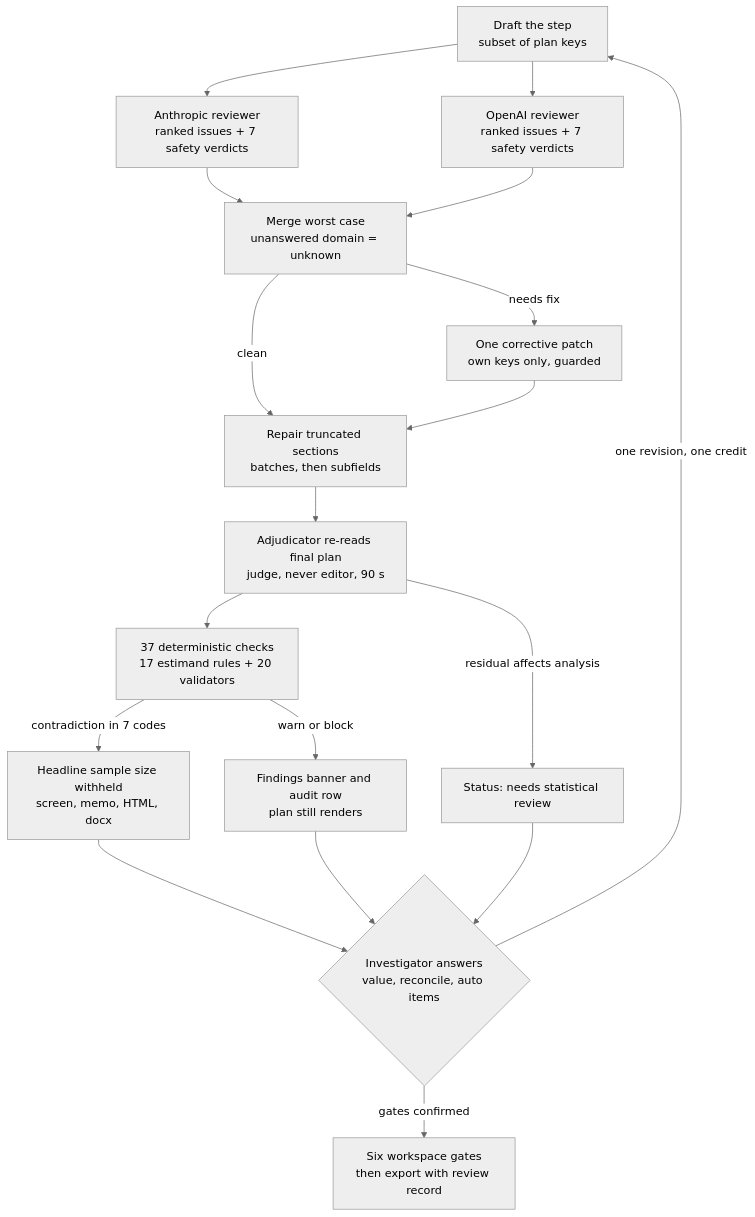
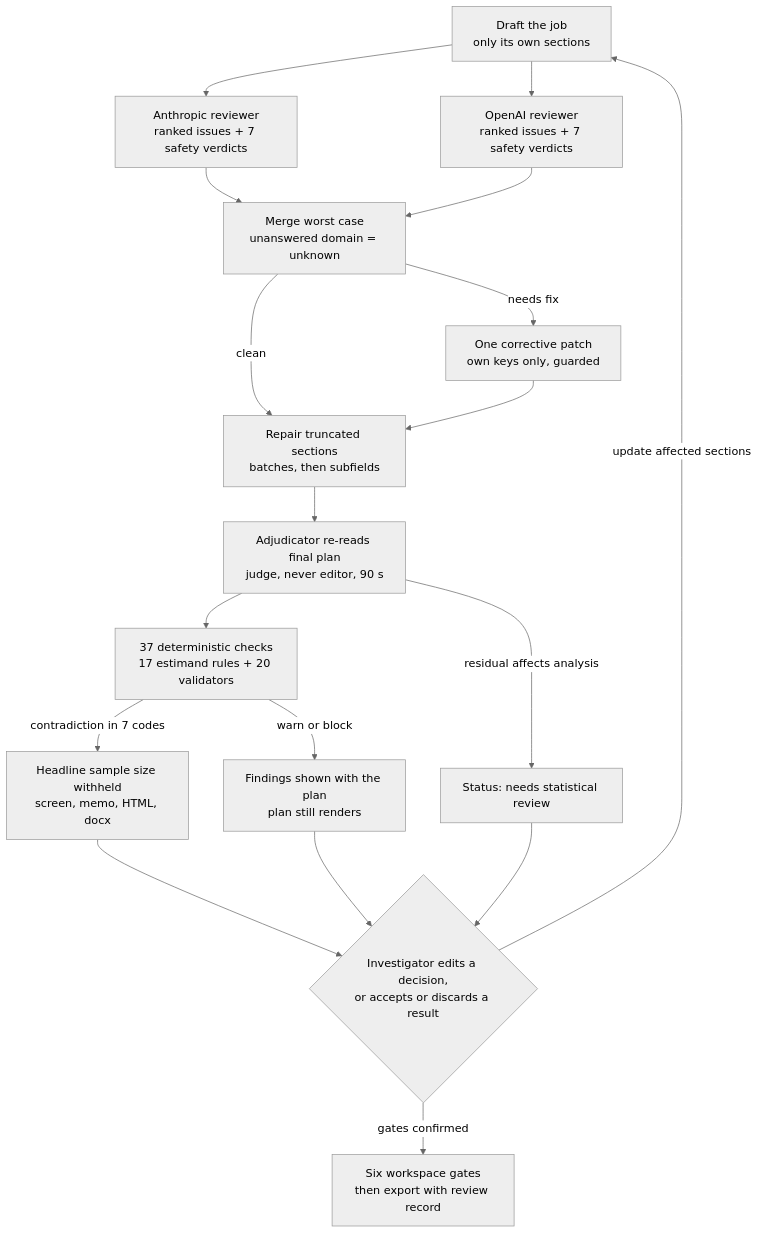
Before and after one commit to juleonr/Juleonrabbani-website: the second of 2 diagrams in docs/mallard-study-design-process.md, drawn with Mermaid (neutral theme). The commit also changed other lines of this file and 15 other files, not shown here.

````diff
--- a/docs/mallard-study-design-process.md
+++ b/docs/mallard-study-design-process.md
@@ -86,20 +86,20 @@
 ```mermaid
 flowchart TD
-  A[Draft the step<br/>subset of plan keys] --> B[Anthropic reviewer<br/>ranked issues + 7 safety verdicts]
+  A[Draft the job<br/>only its own sections] --> B[Anthropic reviewer<br/>ranked issues + 7 safety verdicts]
   A --> C[OpenAI reviewer<br/>ranked issues + 7 safety verdicts]
   B --> D[Merge worst case<br/>unanswered domain = unknown]
   C --> D
   D -- needs fix --> E[One corrective patch<br/>own keys only, guarded]
   D -- clean --> F
   E --> F[Repair truncated sections<br/>batches, then subfields]
   F --> G[Adjudicator re-reads final plan<br/>judge, never editor, 90 s]
   G --> H[37 deterministic checks<br/>17 estimand rules + 20 validators]
   H -- contradiction in 7 codes --> I[Headline sample size withheld<br/>screen, memo, HTML, docx]
-  H -- warn or block --> J[Findings banner and audit row<br/>plan still renders]
+  H -- warn or block --> J[Findings shown with the plan<br/>plan still renders]
   G -- residual affects analysis --> K[Status: needs statistical review]
-  I --> L{Investigator answers<br/>value, reconcile, auto items}
+  I --> L{Investigator edits a decision,<br/>or accepts or discards a result}
   J --> L
   K --> L
-  L -- one revision, one credit --> A
+  L -- update affected sections --> A
   L -- gates confirmed --> M[Six workspace gates<br/>then export with review record]
 ```
````
